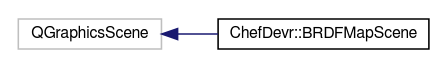
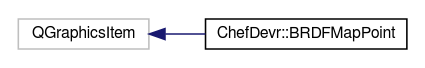
The diagram in docs/inherit_graph_2.dot (bsella/brdf), drawn with Graphviz before and after one commit. The commit also changed 80 other files, not shown here.

```diff
--- a/docs/inherit_graph_2.dot
+++ b/docs/inherit_graph_2.dot
@@ -1,10 +1,10 @@
 digraph "Graphical Class Hierarchy"
 {
  // LATEX_PDF_SIZE
   edge [fontname="FreeSans",fontsize="10",labelfontname="FreeSans",labelfontsize="10"];
   node [fontname="FreeSans",fontsize="10",shape=record];
   rankdir="LR";
-  Node16 [label="QGraphicsScene",height=0.2,width=0.4,color="grey75", fillcolor="white", style="filled",tooltip=" "];
-  Node16 -> Node0 [dir="back",color="midnightblue",fontsize="10",style="solid",fontname="FreeSans"];
-  Node0 [label="ChefDevr::BRDFMapScene",height=0.2,width=0.4,color="black", fillcolor="white", style="filled",URL="$class_chef_devr_1_1_b_r_d_f_map_scene.html",tooltip="Widget that allows choosing a BRDF by providing a latent space representation."];
+  Node19 [label="QGraphicsItem",height=0.2,width=0.4,color="grey75", fillcolor="white", style="filled",tooltip=" "];
+  Node19 -> Node0 [dir="back",color="midnightblue",fontsize="10",style="solid",fontname="FreeSans"];
+  Node0 [label="ChefDevr::BRDFMapPoint",height=0.2,width=0.4,color="black", fillcolor="white", style="filled",URL="$class_chef_devr_1_1_b_r_d_f_map_point.html",tooltip="Point on the BRDFMap corresponding to a BRDF."];
 }
```
